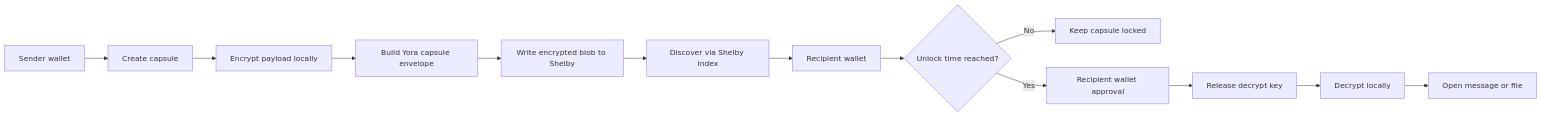
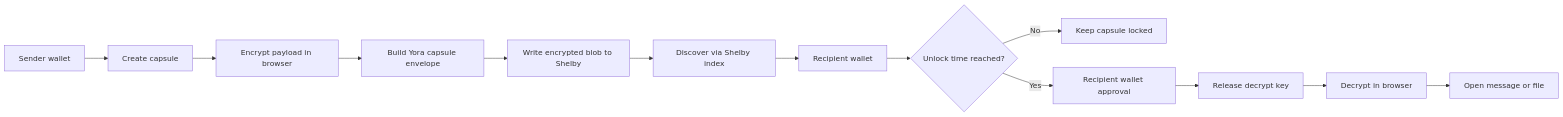
Before and after one commit to Immomoo/Yora: the first of 2 diagrams in README.md, drawn with Mermaid. The commit also changed other lines of this file and 5 other files, not shown here.

````diff
--- a/README.md
+++ b/README.md
@@ -62,15 +62,15 @@
 ```mermaid
 flowchart LR
   Sender[Sender wallet] --> Compose[Create capsule]
-  Compose --> Encrypt[Encrypt payload locally]
+  Compose --> Encrypt[Encrypt payload in browser]
   Encrypt --> Envelope[Build Yora capsule envelope]
   Envelope --> Shelby[Write encrypted blob to Shelby]
   Shelby --> Index[Discover via Shelby index]
   Index --> Recipient[Recipient wallet]
   Recipient --> Check{Unlock time reached?}
   Check -- No --> Locked[Keep capsule locked]
   Check -- Yes --> Approval[Recipient wallet approval]
   Approval --> Release[Release decrypt key]
-  Release --> Decrypt[Decrypt locally]
+  Release --> Decrypt[Decrypt in browser]
   Decrypt --> Open[Open message or file]
 ```
````
